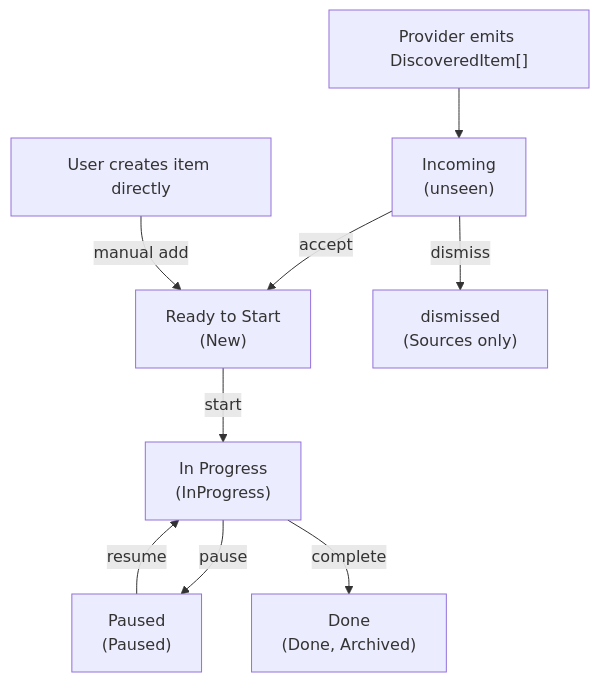
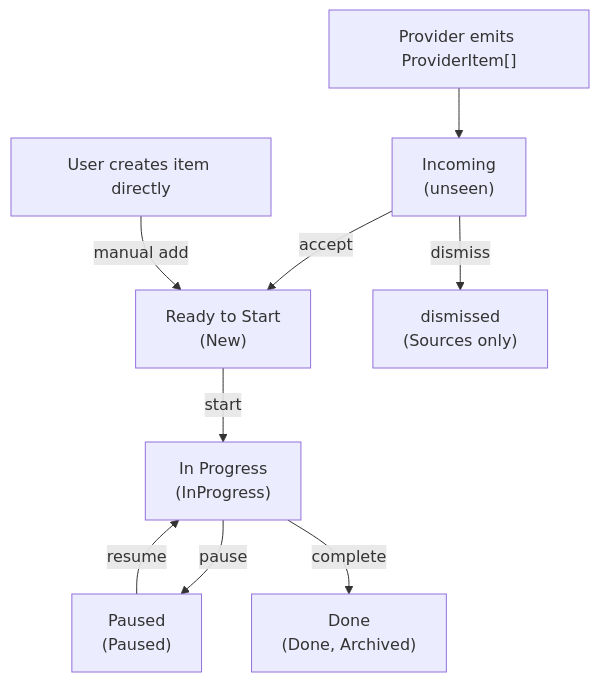
Before and after one commit to devdocket/devdocket: the diagram in docs/provider-api.md, drawn with Mermaid. The commit also changed other lines of this file and 7 other files, not shown here.

Commit message:
Document provider item migration

````diff
--- a/docs/provider-api.md
+++ b/docs/provider-api.md
@@ -477,11 +479,11 @@
 ```mermaid
 flowchart TD
-    P["Provider emits DiscoveredItem[]"] --> Incoming["Incoming\n(unseen)"]
+    P["Provider emits ProviderItem[]"] --> Incoming["Incoming\n(unseen)"]
     Incoming -- accept --> Ready["Ready to Start\n(New)"]
     Incoming -- dismiss --> Dismissed["dismissed\n(Sources only)"]
     User["User creates item directly"] -- manual add --> Ready
     Ready -- start --> InProgress["In Progress\n(InProgress)"]
     InProgress -- pause --> Paused["Paused\n(Paused)"]
     Paused -- resume --> InProgress
     InProgress -- complete --> Done["Done\n(Done, Archived)"]
 ```
````
